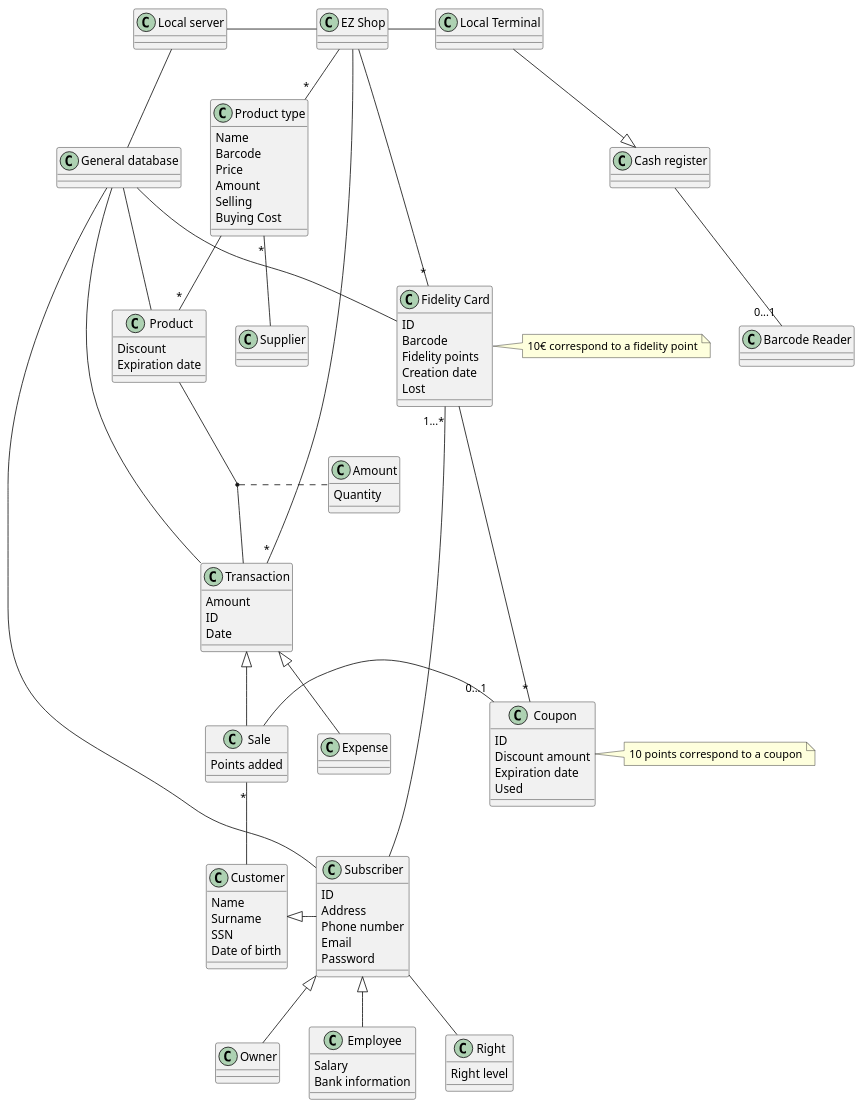
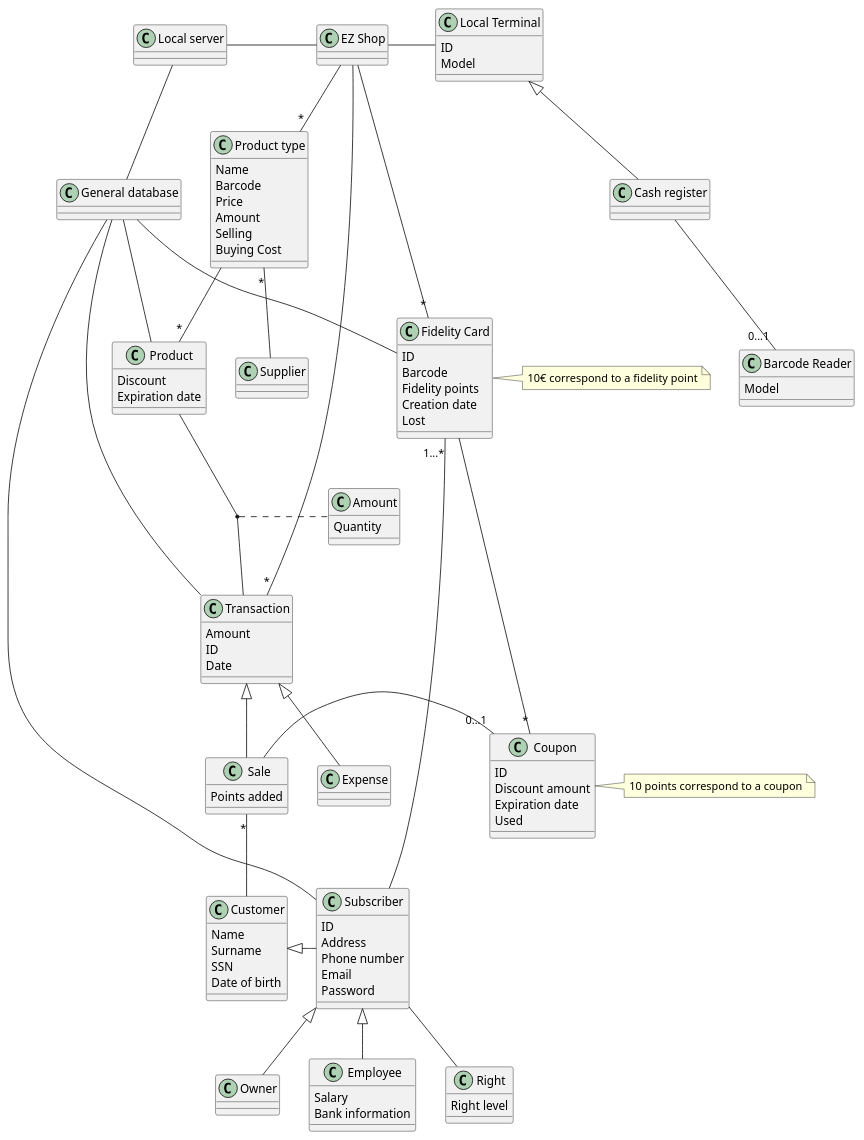
One commit to nicolabattaglino/ezshop changed the fifth of 7 diagrams in Deliverables/RequirementsDocument.md. Above: the diagram before and after it, drawn with PlantUML. The commit also changed other lines of this file, not shown here.

Commit message:
removed barcode reader frrom he context diagram

```diff
--- a/Deliverables/RequirementsDocument.md
+++ b/Deliverables/RequirementsDocument.md
@@ -784,6 +781,8 @@
 Bank information
 }
 class "Local Terminal" as LT{
+ID
+Model
 }
 
 class "EZ Shop" as EZShop{
@@ -842,7 +841,7 @@
 
 }
 class "Barcode Reader" as barcodeReader{
-
+Model
 }
 class "Supplier" as supplier{
 
@@ -878,7 +877,7 @@
 sale - "0...1"coupon
 sale"*" -- customer
 (product,transaction). amount
-LT --|> cashRegister
+LT <|-- cashRegister
 cashRegister -- "0...1" barcodeReader
 PT"*" -- supplier 
 
```
